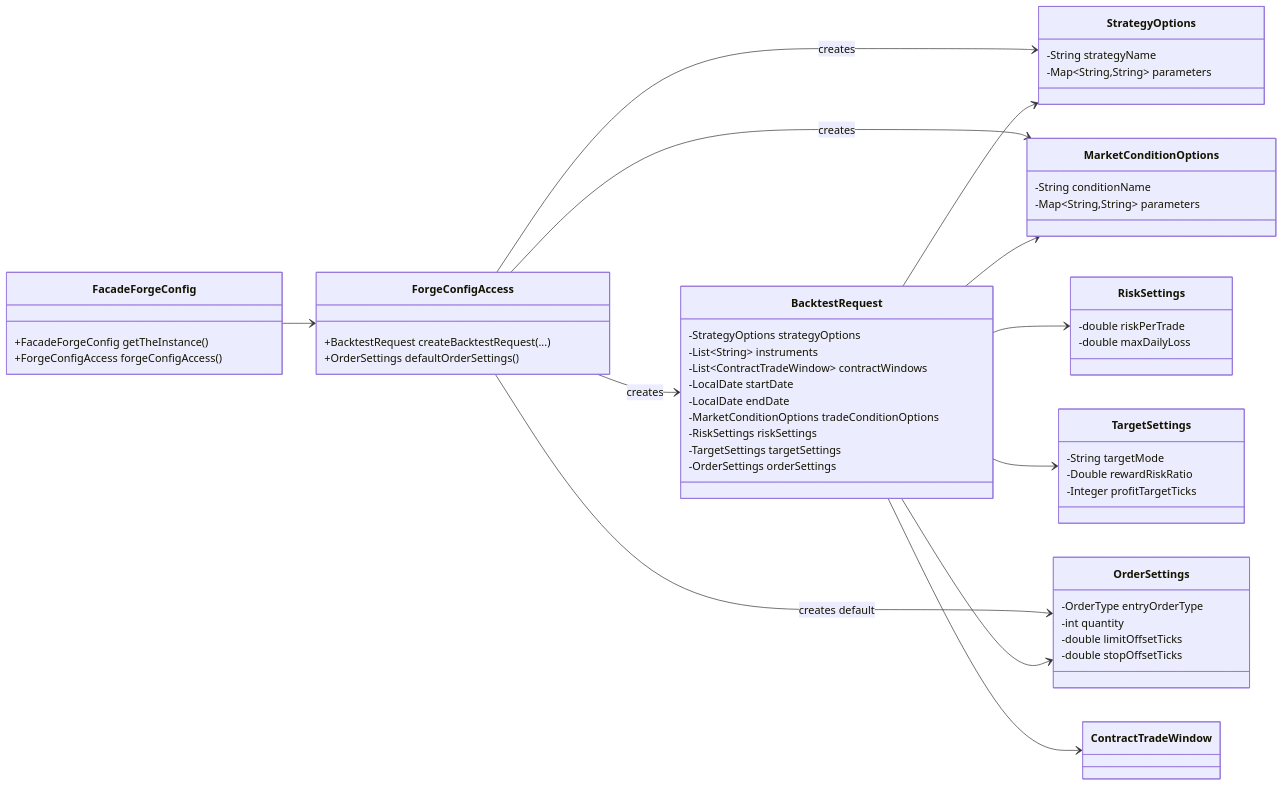
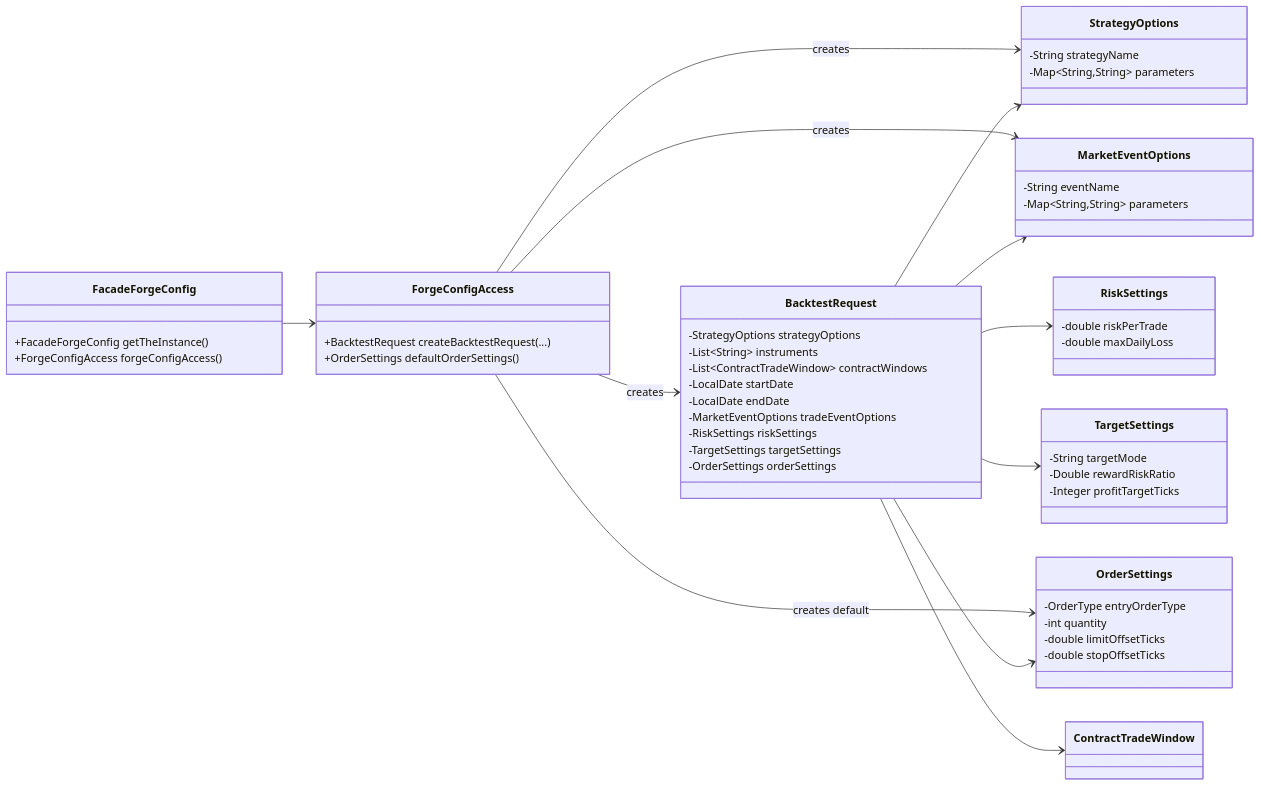
Before and after one commit to probst-paul/FORGE: the fifth of 22 diagrams in class-model.md, drawn with Mermaid. The commit also changed other lines of this file and 74 other files, not shown here.

````diff
--- a/class-model.md
+++ b/class-model.md
@@ -328,66 +328,66 @@
 ```mermaid
 classDiagram
     direction LR
 
     class FacadeForgeConfig {
         +FacadeForgeConfig getTheInstance()
         +ForgeConfigAccess forgeConfigAccess()
     }
 
     class ForgeConfigAccess {
         +BacktestRequest createBacktestRequest(...)
         +OrderSettings defaultOrderSettings()
     }
 
     class BacktestRequest {
         -StrategyOptions strategyOptions
         -List~String~ instruments
         -List~ContractTradeWindow~ contractWindows
         -LocalDate startDate
         -LocalDate endDate
-        -MarketConditionOptions tradeConditionOptions
+        -MarketEventOptions tradeEventOptions
         -RiskSettings riskSettings
         -TargetSettings targetSettings
         -OrderSettings orderSettings
     }
 
     class StrategyOptions {
         -String strategyName
         -Map~String,String~ parameters
     }
 
-    class MarketConditionOptions {
-        -String conditionName
+    class MarketEventOptions {
+        -String eventName
         -Map~String,String~ parameters
     }
 
     class RiskSettings {
         -double riskPerTrade
         -double maxDailyLoss
     }
 
     class TargetSettings {
         -String targetMode
         -Double rewardRiskRatio
         -Integer profitTargetTicks
     }
 
     class OrderSettings {
         -OrderType entryOrderType
         -int quantity
         -double limitOffsetTicks
         -double stopOffsetTicks
     }
 
     FacadeForgeConfig --> ForgeConfigAccess
     ForgeConfigAccess --> BacktestRequest : creates
     ForgeConfigAccess --> StrategyOptions : creates
-    ForgeConfigAccess --> MarketConditionOptions : creates
+    ForgeConfigAccess --> MarketEventOptions : creates
     ForgeConfigAccess --> OrderSettings : creates default
     BacktestRequest --> StrategyOptions
-    BacktestRequest --> MarketConditionOptions
+    BacktestRequest --> MarketEventOptions
     BacktestRequest --> RiskSettings
     BacktestRequest --> TargetSettings
     BacktestRequest --> OrderSettings
     BacktestRequest --> ContractTradeWindow
 ```
````
